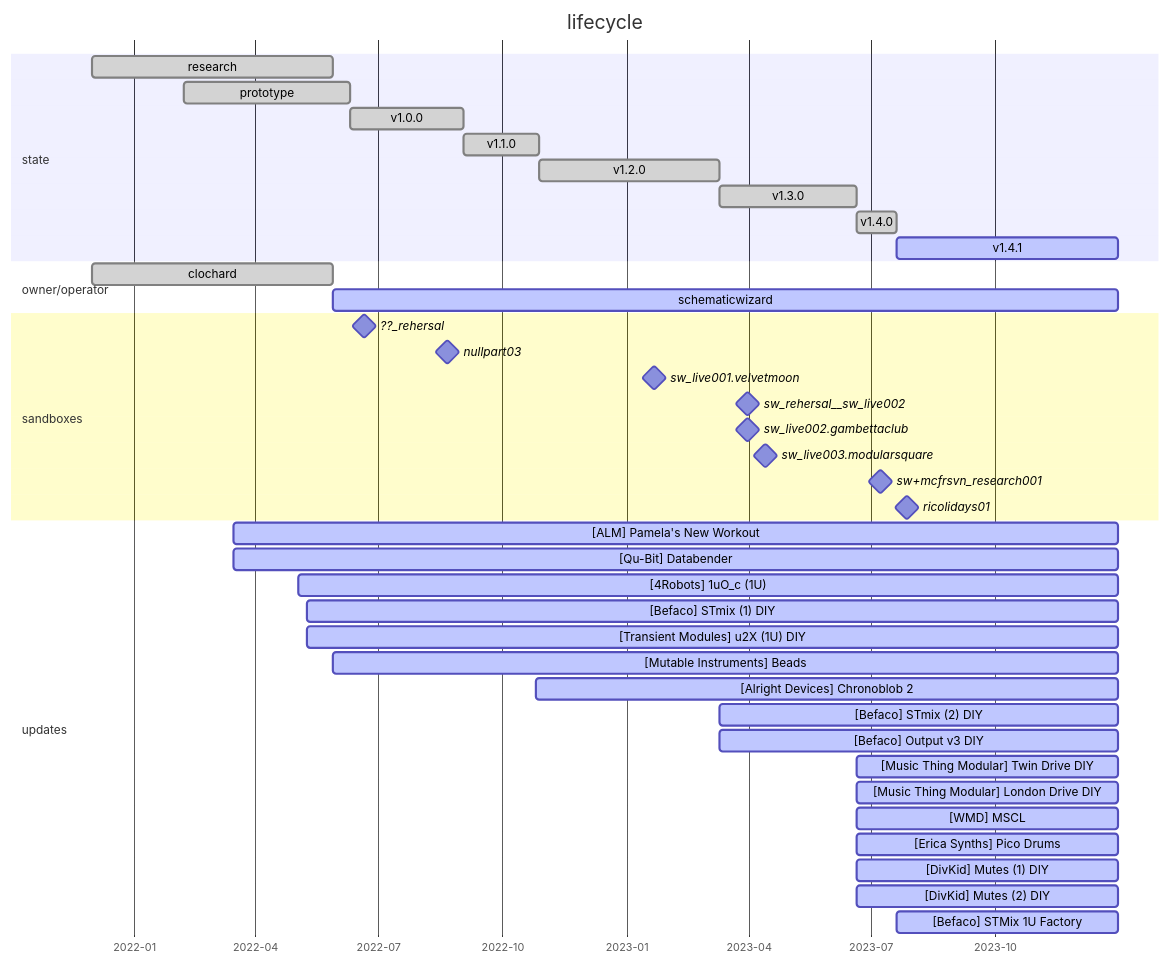
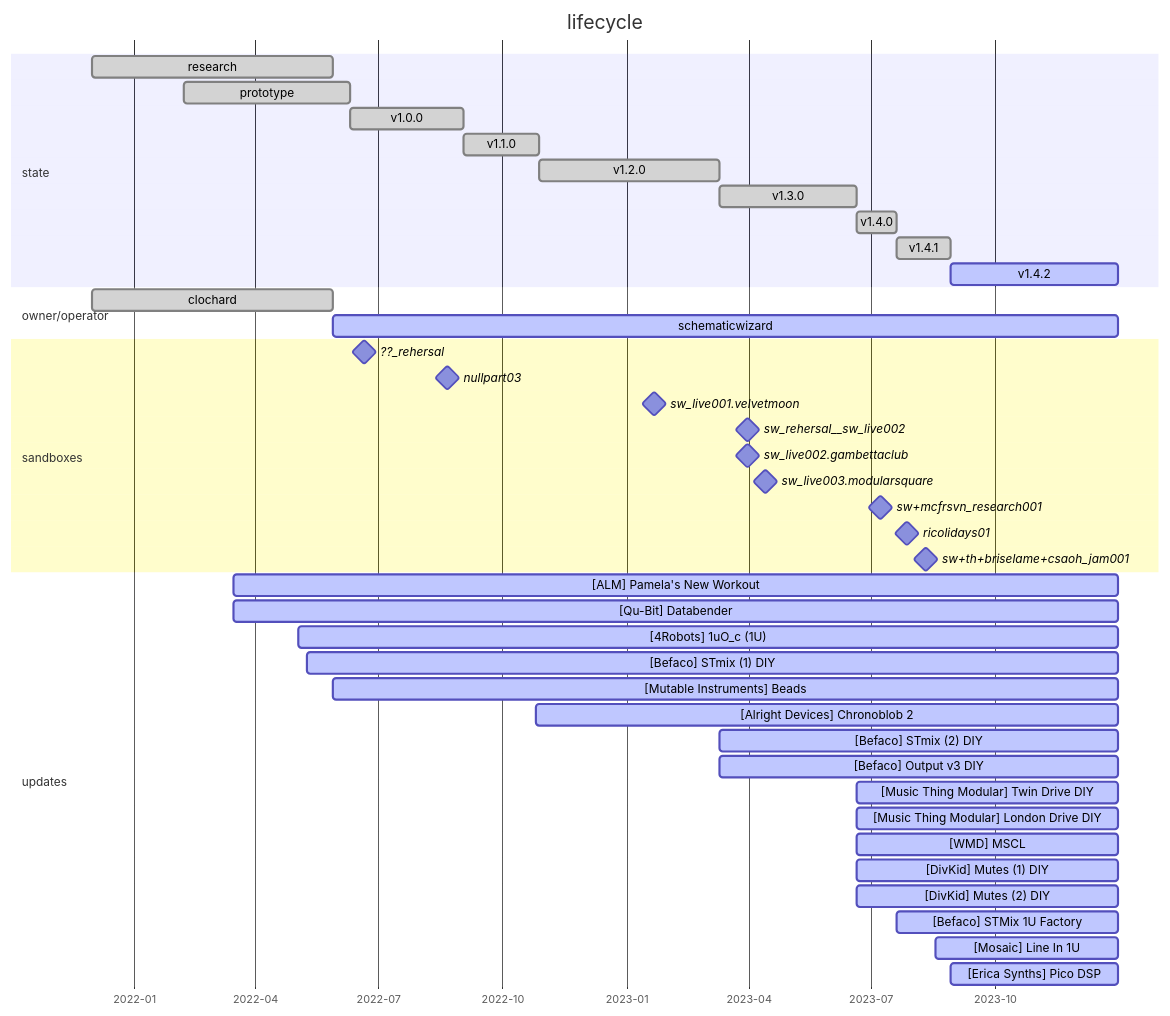
The diagram in ELEMENTS/ELM-0004/README.md (bill-of-materials/data), drawn with Mermaid before and after one commit. The commit also changed other lines of this file and 1 other file, not shown here.

````diff
--- a/ELEMENTS/ELM-0004/README.md
+++ b/ELEMENTS/ELM-0004/README.md
@@ -11,50 +119,52 @@
 ``` mermaid
 gantt
   todayMarker off
 
   title         lifecycle
   dateFormat    YYYY-MM-DD
   axisFormat    %Y-%m
 
   section state
   research   :done,      2021-12-01, 2022-05-28
   prototype  :done,      2022-02-07, 2022-06-10
   v1.0.0     :done,      2022-06-10, 2022-09-02
   v1.1.0     :done,      2022-09-02, 2022-10-28
   v1.2.0     :done,      2022-10-28, 2023-03-11
   v1.3.0     :done,      2023-03-11, 2023-06-20
   v1.4.0     :done,      2023-06-20, 2023-07-20
-  v1.4.1     :active,    2023-07-20, 2023-12-31
+  v1.4.1     :done,      2023-07-20, 2023-08-29
+  v1.4.2     :active,    2023-08-29, 2023-12-31
 
   section owner/operator
   clochard          :done,      2021-12-01, 2022-05-28
   schematicwizard   :active,    2022-05-28, 2023-12-31
 
   section sandboxes
   ??_rehersal                  :milestone, 2022-06-20, 1d
   nullpart03                   :milestone, 2022-08-14, 2022-08-28
   sw_live001.velvetmoon        :milestone, 2023-01-21, 1d
   sw_rehersal__sw_live002      :milestone, 2023-03-31, 1d
   sw_live002.gambettaclub      :milestone, 2023-03-31, 1d
   sw_live003.modularsquare     :milestone, 2023-04-13, 1d
   sw+mcfrsvn_research001       :milestone, 2023-07-07, 2d
   ricolidays01                 :milestone, 2023-07-24, 2023-07-31
+  sw+th+briselame+csaoh_jam001 :milestone, 2023-08-10, 1d
 
   section updates
   [ALM] Pamela's New Workout                    :active,    2022-03-16, 2023-12-31
   [Qu-Bit] Databender                           :active,    2022-03-16, 2023-12-31
   [4Robots] 1uO_c (1U)                          :active,    2022-05-03, 2023-12-31
   [Befaco] STmix (1) DIY                        :active,    2022-05-09, 2023-12-31
-  [Transient Modules] u2X (1U) DIY              :active,    2022-05-09, 2023-12-31
   [Mutable Instruments] Beads                   :active,    2022-05-28, 2023-12-31
   [Alright Devices] Chronoblob 2                :active,    2022-10-26, 2023-12-31
   [Befaco] STmix (2) DIY                        :active,    2023-03-11, 2023-12-31
   [Befaco] Output v3 DIY                        :active,    2023-03-11, 2023-12-31
   [Music Thing Modular] Twin Drive DIY          :active,    2023-06-20, 2023-12-31
   [Music Thing Modular] London Drive DIY        :active,    2023-06-20, 2023-12-31
   [WMD] MSCL                                    :active,    2023-06-20, 2023-12-31
-  [Erica Synths] Pico Drums                     :active,    2023-06-20, 2023-12-31
   [DivKid] Mutes (1) DIY                        :active,    2023-06-20, 2023-12-31
   [DivKid] Mutes (2) DIY                        :active,    2023-06-20, 2023-12-31
   [Befaco] STMix 1U Factory                     :active,    2023-07-20, 2023-12-31
+  [Mosaic] Line In 1U                           :active,    2023-08-18, 2023-12-31
+  [Erica Synths] Pico DSP                       :active,    2023-08-29, 2023-12-31
 ```
````
